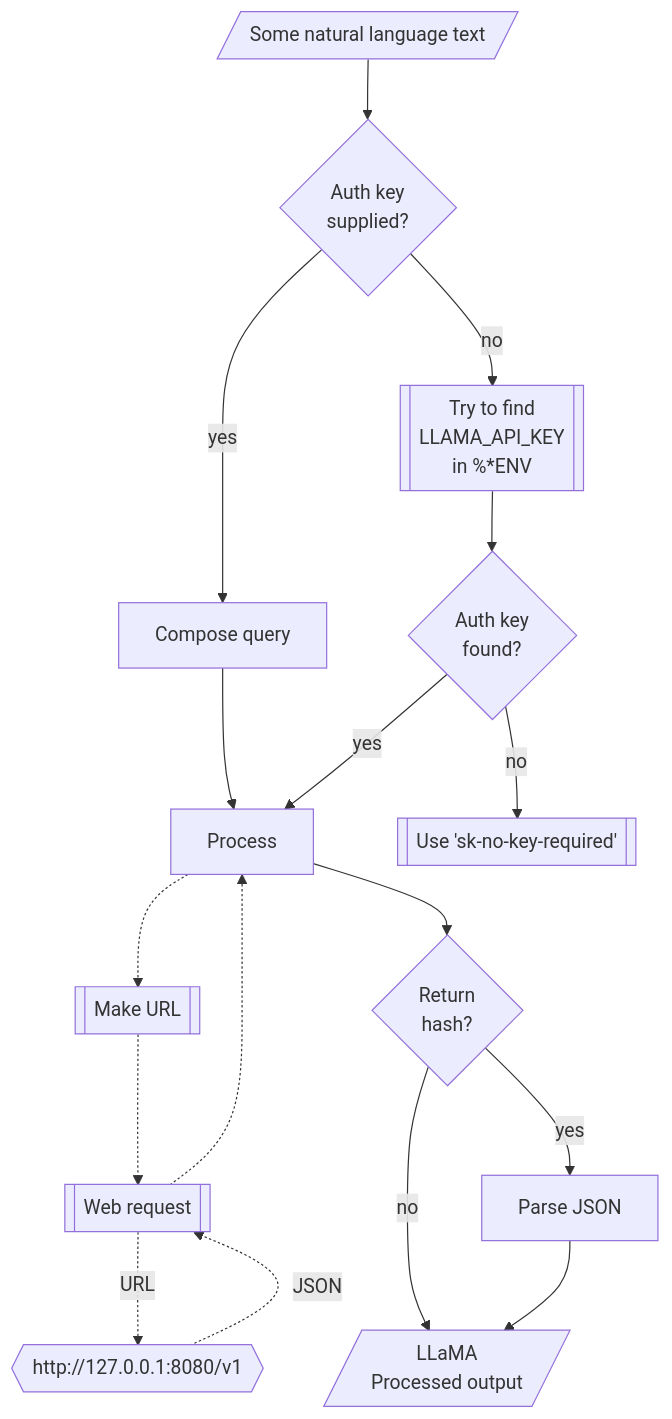
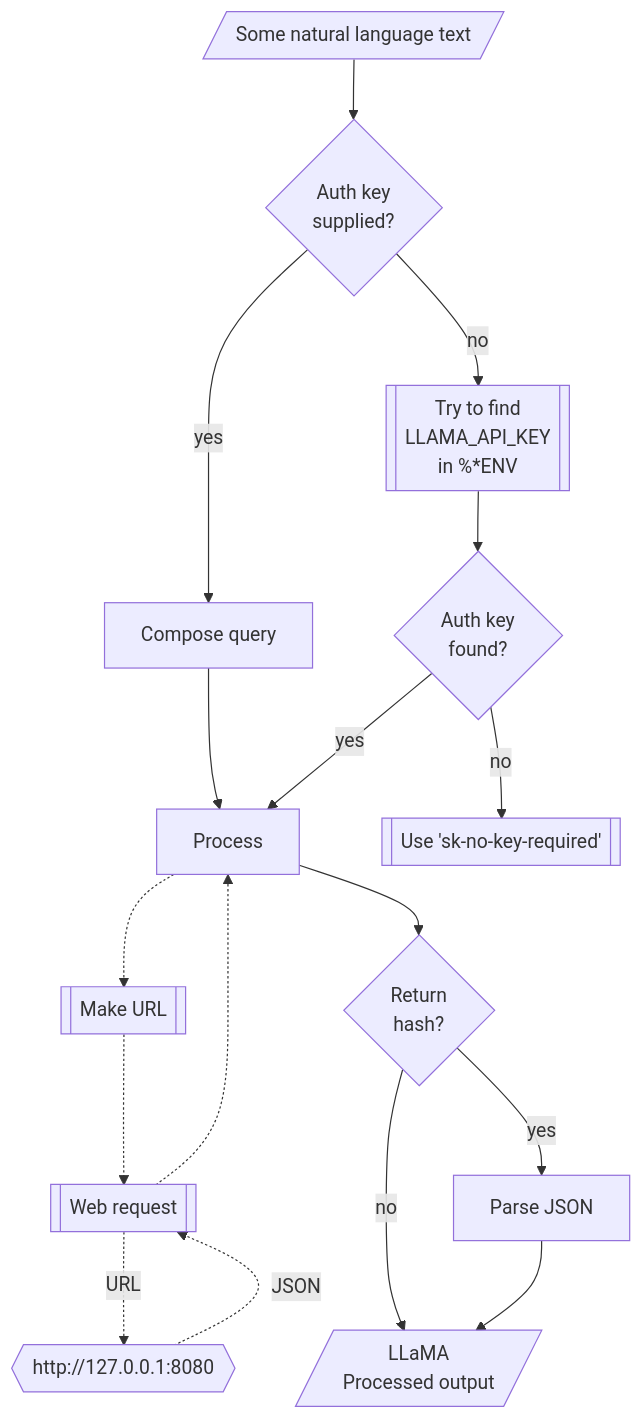
Before and after one commit to antononcube/Raku-WWW-LLaMA: the diagram in README-work.md, drawn with Mermaid. The commit also changed other lines of this file and 1 other file, not shown here.

````diff
--- a/README-work.md
+++ b/README-work.md
@@ -188,30 +217,30 @@
 ```mermaid
 graph TD
 	UI[/Some natural language text/]
 	TO[/"LLaMA<br/>Processed output"/]
 	WR[[Web request]]
-	LLaMA{{http://127.0.0.1:8080/v1}}
+	LLaMA{{http://127.0.0.1:8080}}
 	PJ[Parse JSON]
 	Q{Return<br>hash?}
 	MSTC[Compose query]
 	MURL[[Make URL]]
 	TTC[Process]
 	QAK{Auth key<br>supplied?}
 	EAK[["Try to find<br>LLAMA_API_KEY<br>in %*ENV"]]
 	QEAF{Auth key<br>found?}
 	NAK[["Use 'sk-no-key-required'"]]
 	UI --> QAK
 	QAK --> |yes|MSTC
 	QAK --> |no|EAK
 	EAK --> QEAF
 	MSTC --> TTC
 	QEAF --> |no|NAK
 	QEAF --> |yes|TTC
 	TTC -.-> MURL -.-> WR -.-> TTC
 	WR -.-> |URL|LLaMA 
 	LLaMA -.-> |JSON|WR
 	TTC --> Q 
 	Q --> |yes|PJ
 	Q --> |no|TO
 	PJ --> TO
 ```
````
